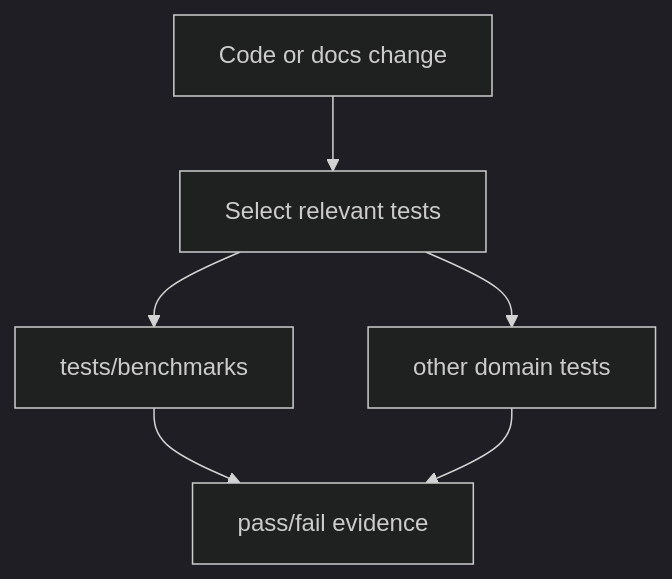
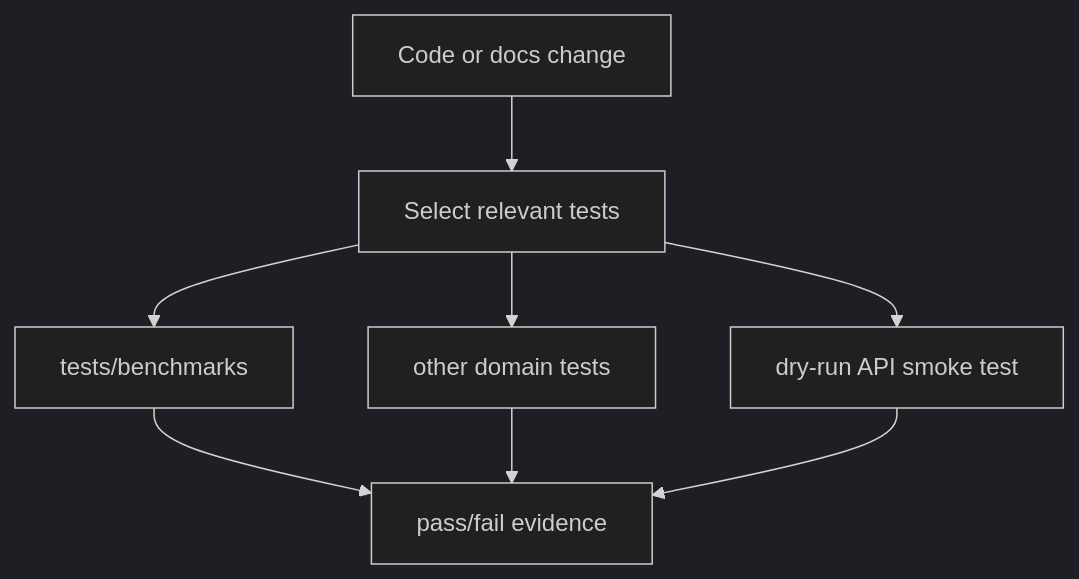
One commit to Open-Problem-Lab/OpenAMP-Foundry changed the first of 3 diagrams in tests/AGENTS.md. Above: the diagram before and after it, drawn with Mermaid (dark theme). The commit also changed other lines of this file and 3 other files, not shown here.

First line of the commit message:
test: align dry-run smoke test with public APIs

````diff
--- a/tests/AGENTS.md
+++ b/tests/AGENTS.md
@@ -33,8 +36,10 @@
 ```mermaid
 flowchart TD
   Change["Code or docs change"] --> TestSel["Select relevant tests"]
   TestSel --> Bench["tests/benchmarks"]
   TestSel --> Domain["other domain tests"]
+  TestSel --> E2E["dry-run API smoke test"]
   Bench --> Verdict["pass/fail evidence"]
   Domain --> Verdict
+  E2E --> Verdict
 ```
````
